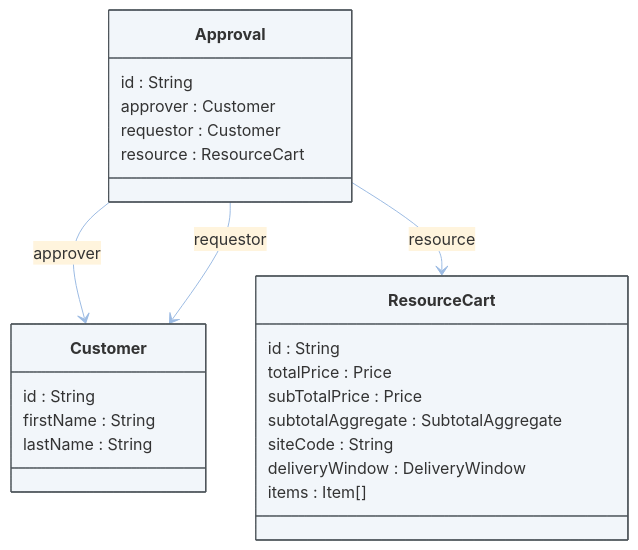
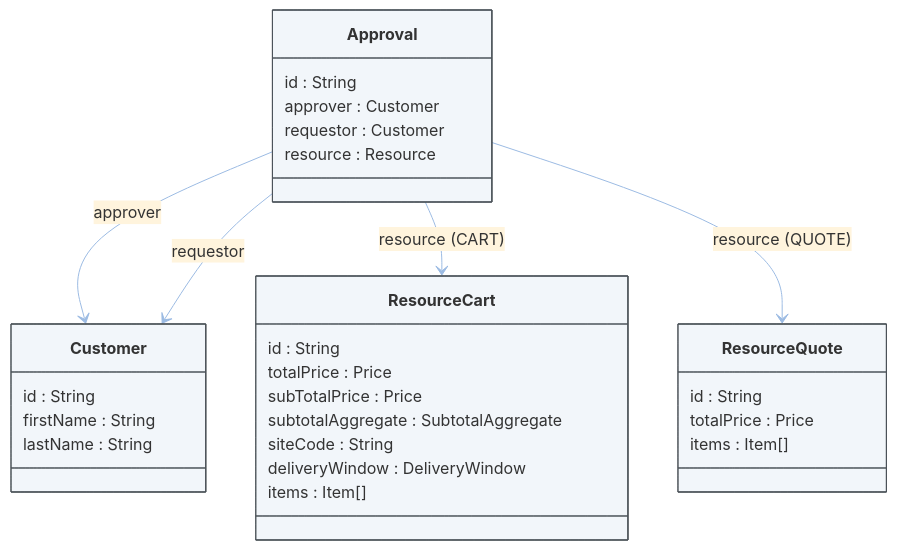
One commit to emporix/api-references changed the first of 7 diagrams in companies-and-customers/approval-service/approval.md. Above: the diagram before and after it, drawn with Mermaid. The commit also changed other lines of this file and 1 other file, not shown here.

Commit message:
COP-5406 Quote approval

````diff
--- a/companies-and-customers/approval-service/approval.md
+++ b/companies-and-customers/approval-service/approval.md
@@ -14,46 +37,56 @@
 ```mermaid
 ---
 config:
   layout: fixed
   theme: base
   look: classic
   themeVariables:
     background: transparent
     lineColor: "#9CBBE3"
     arrowheadColor: "#9CBBE3"
     
 ---
 classDiagram
     class Approval {
         id : String
         approver : Customer
         requestor : Customer
-        resource : ResourceCart
+        resource : Resource
     }
 
     class Customer {
         id : String
         firstName : String
         lastName : String
     }
 
     class ResourceCart {
         id : String
         totalPrice : Price
         subTotalPrice : Price
         subtotalAggregate : SubtotalAggregate
         siteCode : String
         deliveryWindow : DeliveryWindow
         items : Item[]
     }
+
+    class ResourceQuote {
+        id : String
+        totalPrice : Price
+        items : Item[]
+    }
+
     Approval --> Customer : approver
     Approval --> Customer : requestor
-    Approval --> ResourceCart : resource
+    Approval --> ResourceCart : resource (CART)
+    Approval --> ResourceQuote : resource (QUOTE)
 
     class Approval
     class Customer
     class ResourceCart
+    class ResourceQuote
     style Approval fill:#F2F6FA, stroke:#4C5359
     style Customer fill:#F2F6FA, stroke:#4C5359
     style ResourceCart fill:#F2F6FA, stroke:#4C5359
+    style ResourceQuote fill:#F2F6FA, stroke:#4C5359
   ```
````
